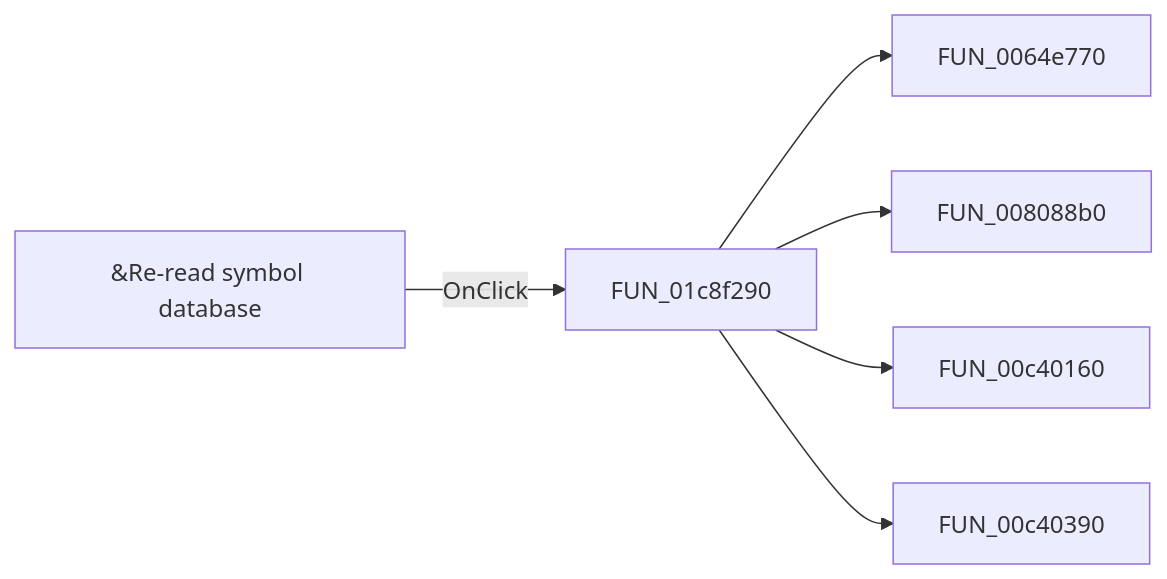
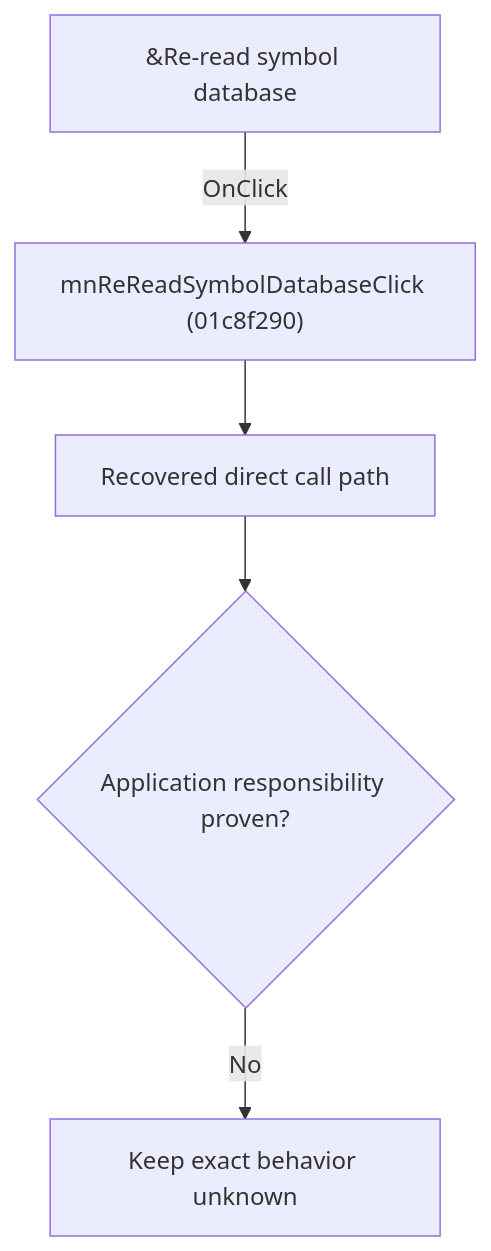
One commit to MovGP0/TIARA changed the diagram in docs/ui-controls/schematiceditor/mnrereadsymboldatabase-a558ced42b.md. Above: the diagram before and after it, drawn with Mermaid. The commit also changed other lines of this file and 1062 other files, not shown here.

````diff
--- a/docs/ui-controls/schematiceditor/mnrereadsymboldatabase-a558ced42b.md
+++ b/docs/ui-controls/schematiceditor/mnrereadsymboldatabase-a558ced42b.md
@@ -27,8 +27,7 @@
 ```mermaid
-flowchart LR
-    control["&Re-read symbol database"] -->|OnClick| handler["FUN_01c8f290"]
-    handler --> call1["FUN_0064e770"]
-    handler --> call2["FUN_008088b0"]
-    handler --> call3["FUN_00c40160"]
-    handler --> call4["FUN_00c40390"]
+flowchart TD
+    control["&Re-read symbol database"] -->|"OnClick"| handler["mnReReadSymbolDatabaseClick (01c8f290)"]
+    handler --> recovered["Recovered direct call path"]
+    recovered --> gap{"Application responsibility proven?"}
+    gap -->|"No"| blocked["Keep exact behavior unknown"]
 ```
````
